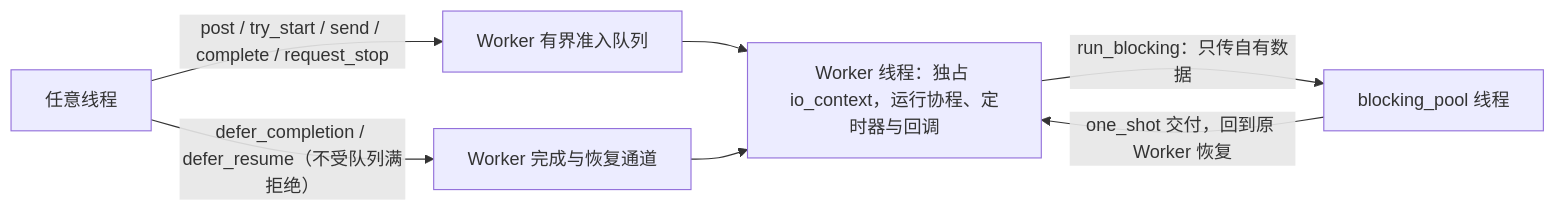
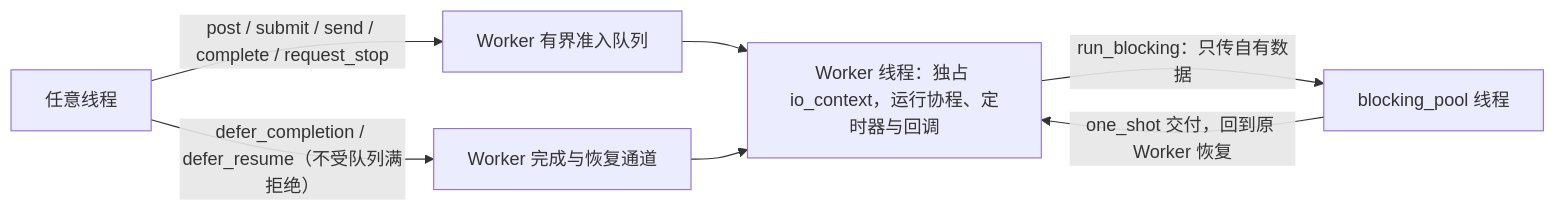
One commit to hyird/Ruvia changed the second of 2 diagrams in doc/ruvia-core.md. Above: the diagram before and after it, drawn with Mermaid. The commit also changed other lines of this file and 375 other files, not shown here.

````diff
--- a/doc/ruvia-core.md
+++ b/doc/ruvia-core.md
@@ -156,9 +156,9 @@
 ```mermaid
 flowchart LR
-    other["任意线程"] -->|"post / try_start / send / complete / request_stop"| queue["Worker 有界准入队列"]
+    other["任意线程"] -->|"post / submit / send / complete / request_stop"| queue["Worker 有界准入队列"]
     other -->|"defer_completion / defer_resume（不受队列满拒绝）"| lane["Worker 完成与恢复通道"]
     queue --> worker["Worker 线程：独占 io_context，运行协程、定时器与回调"]
     lane --> worker
     worker -->|"run_blocking：只传自有数据"| pool["blocking_pool 线程"]
     pool -->|"one_shot 交付，回到原 Worker 恢复"| worker
 ```
````
